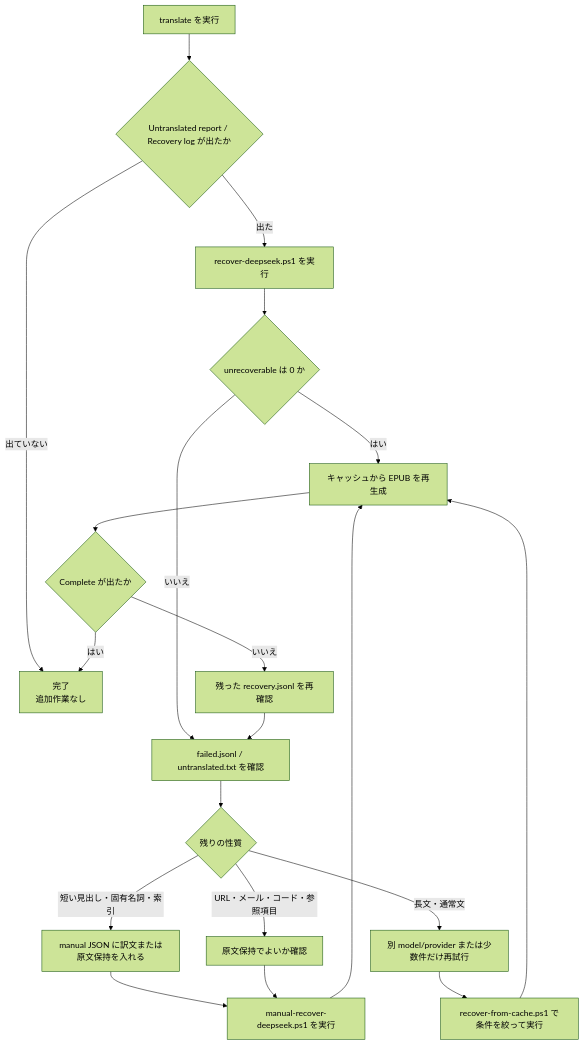
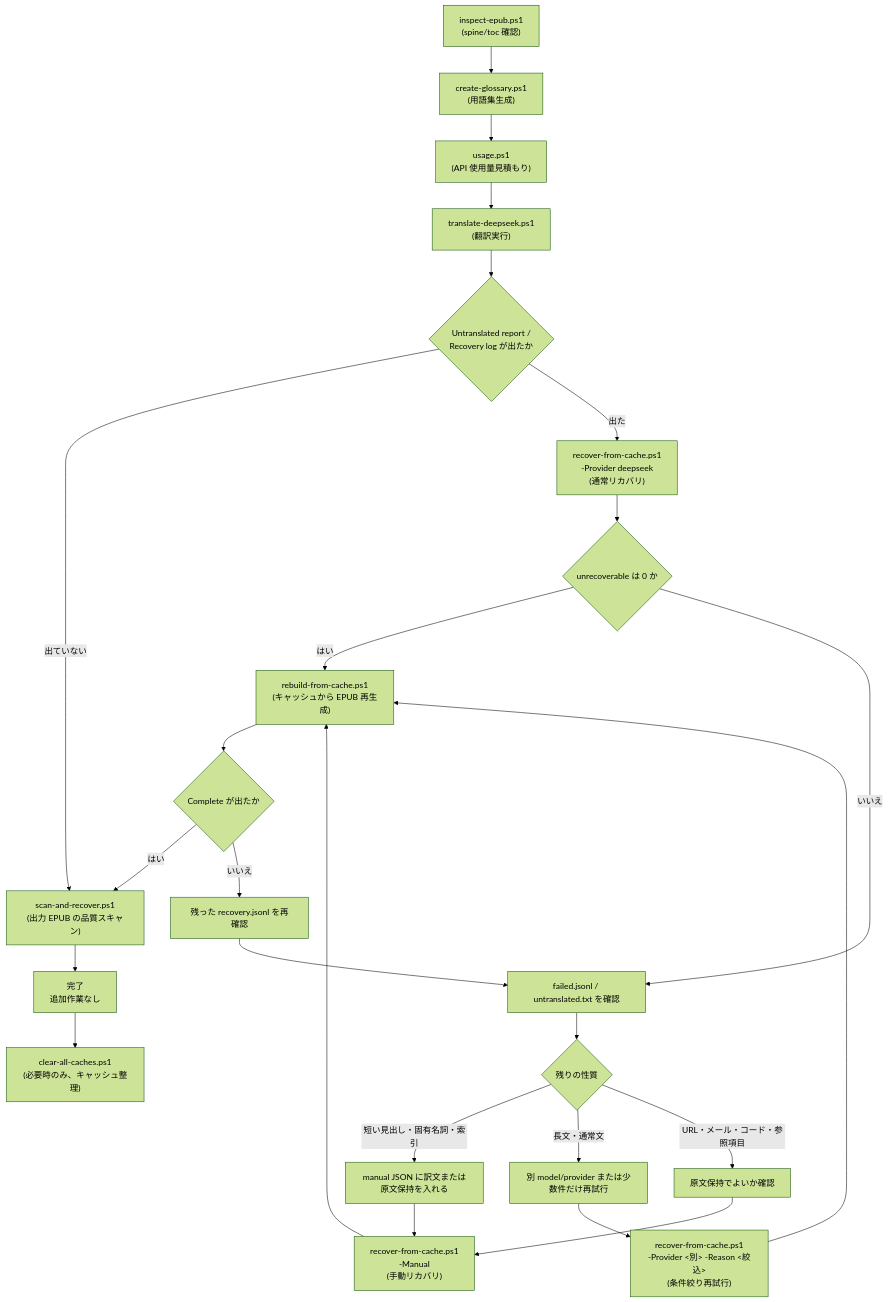
The diagram in README.ja.md (fukuyori/epubicus), drawn with Mermaid (forest theme) before and after one commit. The commit also changed other lines of this file and 47 other files, not shown here.

````diff
--- a/README.ja.md
+++ b/README.ja.md
@@ -202,22 +203,27 @@
 ```mermaid
 flowchart TD
-    A["translate を実行"] --> B{"Untranslated report / Recovery log が出たか"}
-    B -->|出ていない| C["完了\n追加作業なし"]
-    B -->|出た| D["recover-deepseek.ps1 を実行"]
+    P0["inspect-epub.ps1\n(spine/toc 確認)"] --> P1["create-glossary.ps1\n(用語集生成)"]
+    P1 --> P2["usage.ps1\n(API 使用量見積もり)"]
+    P2 --> A["translate-deepseek.ps1\n(翻訳実行)"]
+    A --> B{"Untranslated report /\nRecovery log が出たか"}
+    B -->|出ていない| S["scan-and-recover.ps1\n(出力 EPUB の品質スキャン)"]
+    S --> C["完了\n追加作業なし"]
+    B -->|出た| D["recover-from-cache.ps1\n-Provider deepseek\n(通常リカバリ)"]
     D --> E{"unrecoverable は 0 か"}
-    E -->|はい| F["キャッシュから EPUB を再生成"]
+    E -->|はい| F["rebuild-from-cache.ps1\n(キャッシュから EPUB 再生成)"]
     F --> G{"Complete が出たか"}
-    G -->|はい| C
+    G -->|はい| S
     G -->|いいえ| H["残った recovery.jsonl を再確認"]
     E -->|いいえ| I["failed.jsonl / untranslated.txt を確認"]
     I --> J{"残りの性質"}
     J -->|短い見出し・固有名詞・索引| K["manual JSON に訳文または原文保持を入れる"]
     J -->|長文・通常文| L["別 model/provider または少数件だけ再試行"]
     J -->|URL・メール・コード・参照項目| M["原文保持でよいか確認"]
-    K --> N["manual-recover-deepseek.ps1 を実行"]
+    K --> N["recover-from-cache.ps1\n-Manual <json>\n(手動リカバリ)"]
     M --> N
-    L --> O["recover-from-cache.ps1 で条件を絞って実行"]
+    L --> O["recover-from-cache.ps1\n-Provider <別> -Reason <絞込>\n(条件絞り再試行)"]
     N --> F
     O --> F
     H --> I
+    C --> Z["clear-all-caches.ps1\n(必要時のみ、キャッシュ整理)"]
 ```
````
